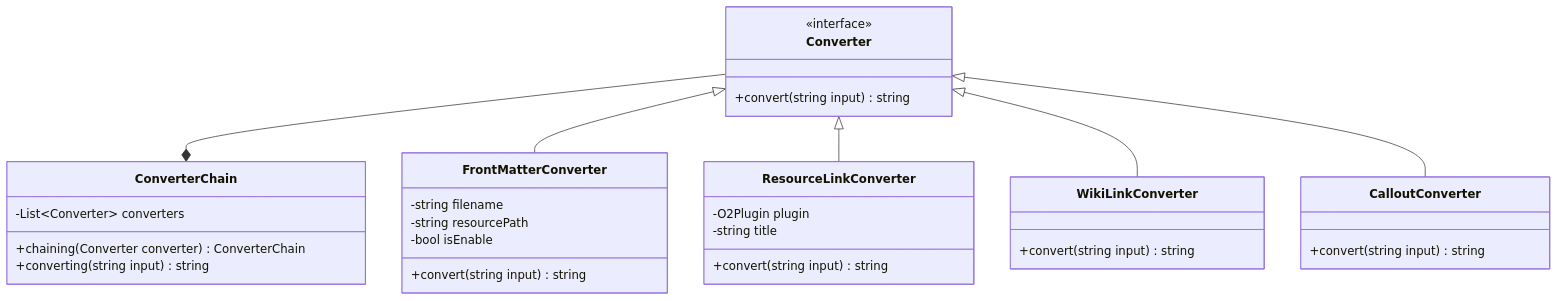
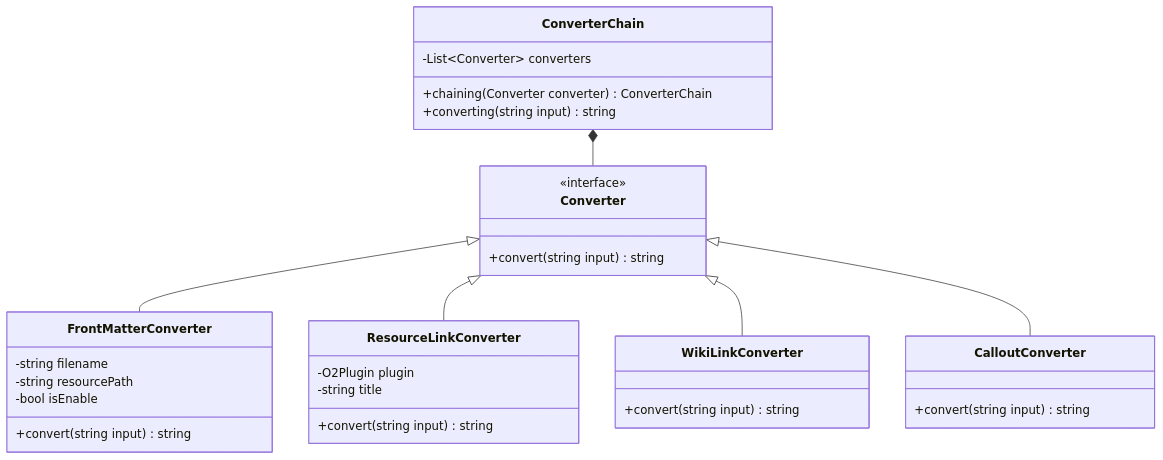
One commit to waveofmymind/waveofmymind.github.io changed the fifth of 5 diagrams in _posts/2023-03-10-Refactor-O2-using-desgin-pattern.md. Above: the diagram before and after it, drawn with Mermaid. The commit also changed other lines of this file, not shown here.

Commit message:
update: mermaid

````diff
--- a/_posts/2023-03-10-Refactor-O2-using-desgin-pattern.md
+++ b/_posts/2023-03-10-Refactor-O2-using-desgin-pattern.md
@@ -238,38 +238,38 @@
 ```mermaid
 classDiagram
 class ConverterChain {
  -List~Converter~ converters
  +chaining(Converter converter) ConverterChain
  +converting(string input) string
 }
 class Converter {
  <<interface>>
  +convert(string input) string
 }
-Converter--*ConverterChain
+ConverterChain*--Converter
 
 class FrontMatterConverter {
   -string filename
   -string resourcePath
   -bool isEnable
   +convert(string input) string
 }
 Converter <|-- FrontMatterConverter
 
 class ResourceLinkConverter {
   -O2Plugin plugin
   -string title
   +convert(string input) string
 }
 Converter <|-- ResourceLinkConverter
 
 class WikiLinkConverter {
   +convert(string input) string
 }
 Converter <|-- WikiLinkConverter
 
 class CalloutConverter {
   +convert(string input) string
 }
 Converter <|-- CalloutConverter
 ```
````
